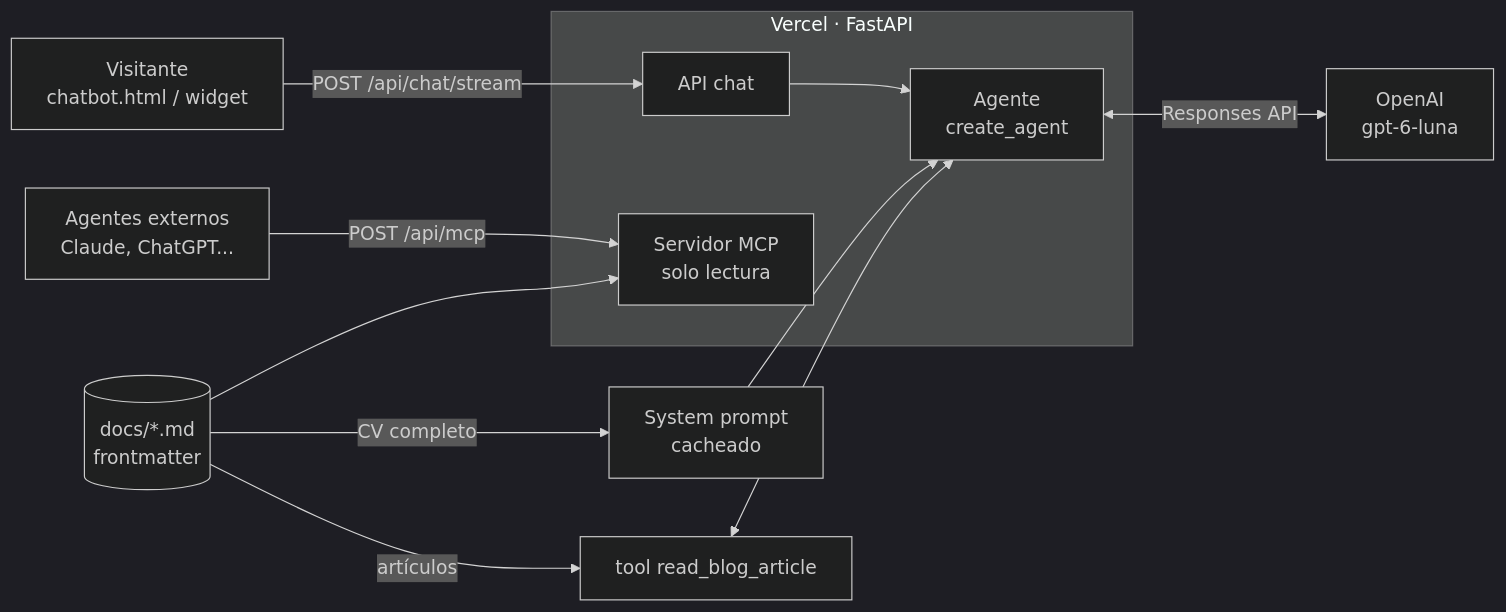
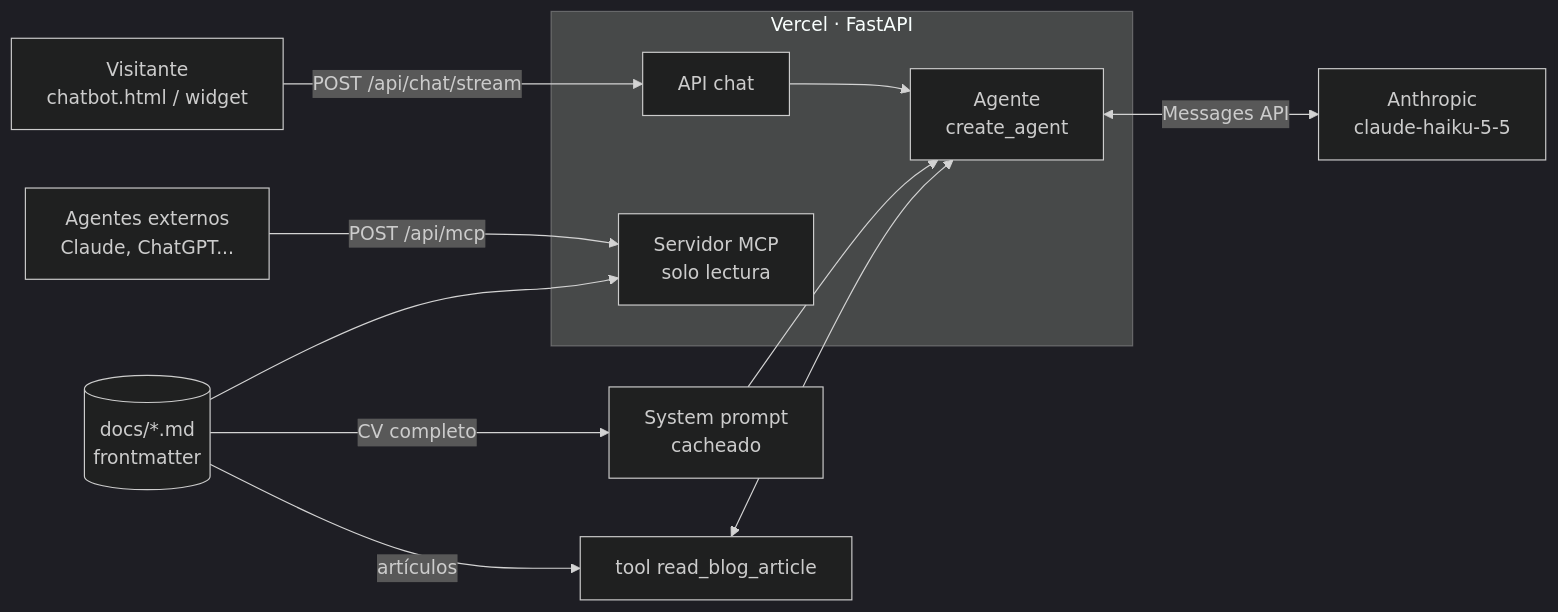
The first of 2 diagrams in CV/Chatbot/README.md (DemetrioTahoces/DemetrioTahoces.github.io), drawn with Mermaid (dark theme) before and after one commit. The commit also changed other lines of this file and 11 other files, not shown here.

First line of the commit message:
feature(chatbot): cambia gpt-6-luna por Claude Haiku 5.5

````diff
--- a/CV/Chatbot/README.md
+++ b/CV/Chatbot/README.md
@@ -18,17 +18,17 @@
 ```mermaid
 flowchart LR
     U[Visitante<br/>chatbot.html / widget] -->|POST /api/chat/stream| API
     A[Agentes externos<br/>Claude, ChatGPT...] -->|POST /api/mcp| MCP
 
     subgraph Vercel [Vercel · FastAPI]
         API[API chat] --> AG[Agente<br/>create_agent]
         MCP[Servidor MCP<br/>solo lectura]
     end
 
     KB[(docs/*.md<br/>frontmatter)] -->|CV completo| SP[System prompt<br/>cacheado]
     KB -->|artículos| T[tool read_blog_article]
     KB --> MCP
     SP --> AG
     T <--> AG
-    AG <-->|Responses API| O[OpenAI<br/>gpt-6-luna]
+    AG <-->|Messages API| O[Anthropic<br/>claude-haiku-5-5]
 ```
````
